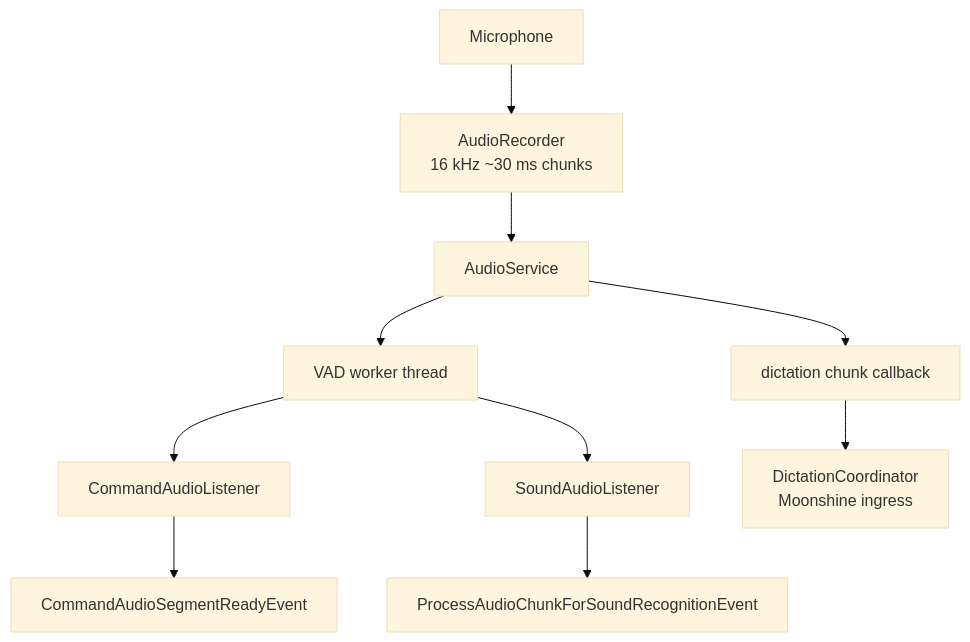
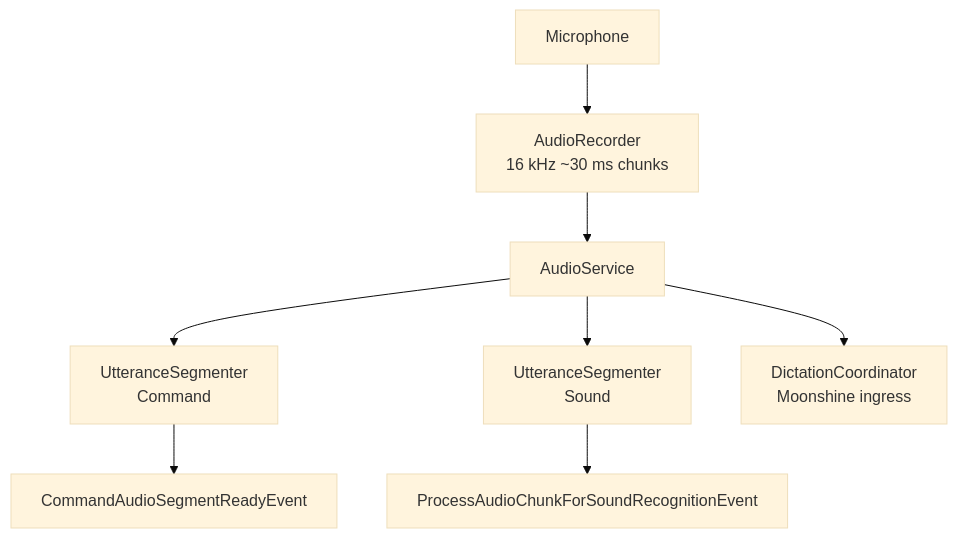
One commit to rick12000/vocalance changed the first of 2 diagrams in docs/developer/audio_capture_and_listeners.rst. Above: the diagram before and after it, drawn with Mermaid (base theme). The commit also changed other lines of this file and 7 other files, not shown here.

```diff
--- a/docs/developer/audio_capture_and_listeners.rst
+++ b/docs/developer/audio_capture_and_listeners.rst
@@ -9,12 +9,10 @@
 .. mermaid::
 
    flowchart TD
        A[Microphone] --> B[AudioRecorder<br/>16 kHz ~30 ms chunks]
        B --> C[AudioService]
-       C --> D[VAD worker thread]
-       D --> E[CommandAudioListener]
-       D --> F[SoundAudioListener]
-       E --> G[CommandAudioSegmentReadyEvent]
+       C --> D[UtteranceSegmenter<br/>Command]
+       C --> F[UtteranceSegmenter<br/>Sound]
+       D --> G[CommandAudioSegmentReadyEvent]
        F --> H[ProcessAudioChunkForSoundRecognitionEvent]
-       C --> I[dictation chunk callback]
-       I --> J[DictationCoordinator<br/>Moonshine ingress]
+       C --> I[DictationCoordinator<br/>Moonshine ingress]
```
